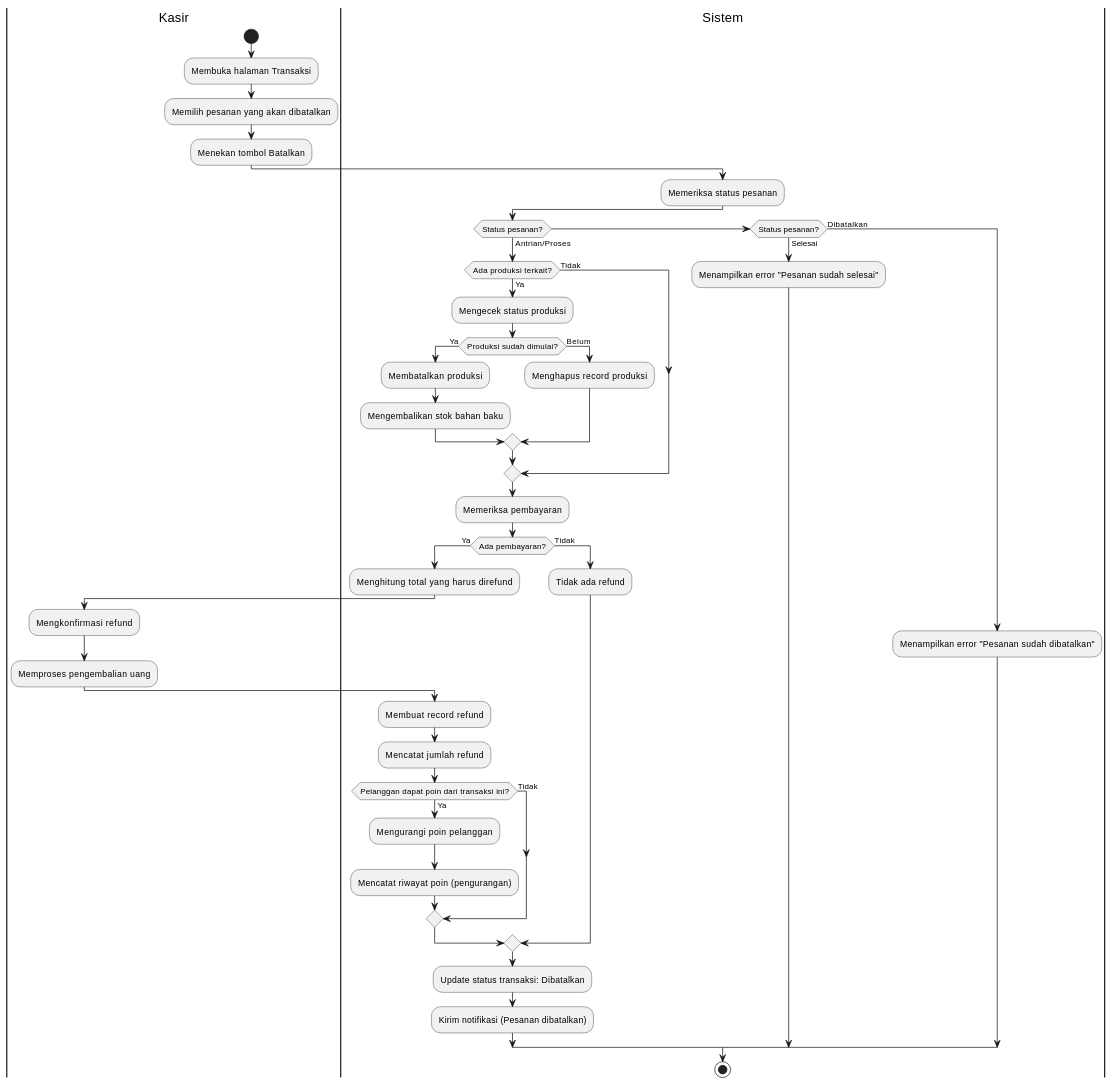
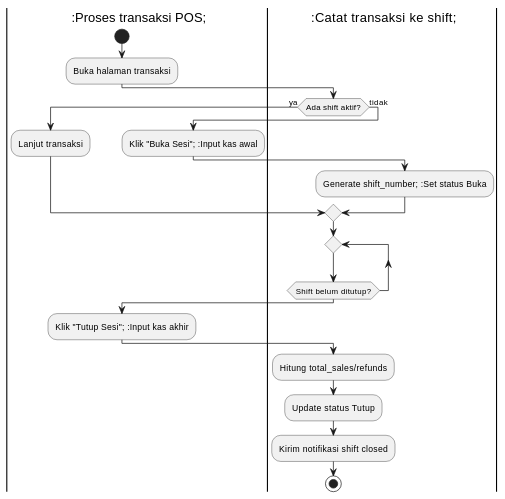
The fifth of 9 diagrams in docs/diagrams/02_ACTIVITY_DIAGRAM.md (pawon3d/pawon3d), drawn with PlantUML before and after one commit. The commit also changed other lines of this file and 155 other files, not shown here.

````diff
--- a/docs/diagrams/02_ACTIVITY_DIAGRAM.md
+++ b/docs/diagrams/02_ACTIVITY_DIAGRAM.md
@@ -426,61 +162,28 @@
 ```plantuml
-@startuml Activity Diagram - Pembatalan Pesanan dengan Refund
-
+@startuml Activity - Shift Kasir
 |Kasir|
 start
-:Membuka halaman Transaksi;
-:Memilih pesanan yang akan dibatalkan;
-:Menekan tombol Batalkan;
-
-|Sistem|
-:Memeriksa status pesanan;
-
-if (Status pesanan?) then (Antrian/Proses)
-    if (Ada produksi terkait?) then (Ya)
-        :Mengecek status produksi;
-
-        if (Produksi sudah dimulai?) then (Ya)
-            :Membatalkan produksi;
-            :Mengembalikan stok bahan baku;
-        else (Belum)
-            :Menghapus record produksi;
-        endif
-    else (Tidak)
-    endif
-
-    :Memeriksa pembayaran;
-
-    if (Ada pembayaran?) then (Ya)
-        :Menghitung total yang harus direfund;
-
-        |Kasir|
-        :Mengkonfirmasi refund;
-        :Memproses pengembalian uang;
-
-        |Sistem|
-        :Membuat record refund;
-        :Mencatat jumlah refund;
-
-        if (Pelanggan dapat poin dari transaksi ini?) then (Ya)
-            :Mengurangi poin pelanggan;
-            :Mencatat riwayat poin (pengurangan);
-        else (Tidak)
-        endif
-
-    else (Tidak)
-        :Tidak ada refund;
-    endif
-
-    :Update status transaksi: Dibatalkan;
-    :Kirim notifikasi (Pesanan dibatalkan);
-
-elseif (Status pesanan?) then (Selesai)
-    :Menampilkan error "Pesanan sudah selesai";
-else (Dibatalkan)
-    :Menampilkan error "Pesanan sudah dibatalkan";
+:Buka halaman transaksi;
+|System|
+if (Ada shift aktif?) then (ya)
+    |Kasir|
+    :Lanjut transaksi;
+else (tidak)
+    |Kasir|
+    :Klik "Buka Sesi"; :Input kas awal;
+    |System|
+    :Generate shift_number; :Set status Buka;
 endif
-
+repeat
+    |Kasir| :Proses transaksi POS;
+    |System| :Catat transaksi ke shift;
+repeat while (Shift belum ditutup?)
+|Kasir|
+:Klik "Tutup Sesi"; :Input kas akhir;
+|System|
+:Hitung total_sales/refunds;
+:Update status Tutup;
+:Kirim notifikasi shift closed;
 stop
-
 @enduml
 ```
````
